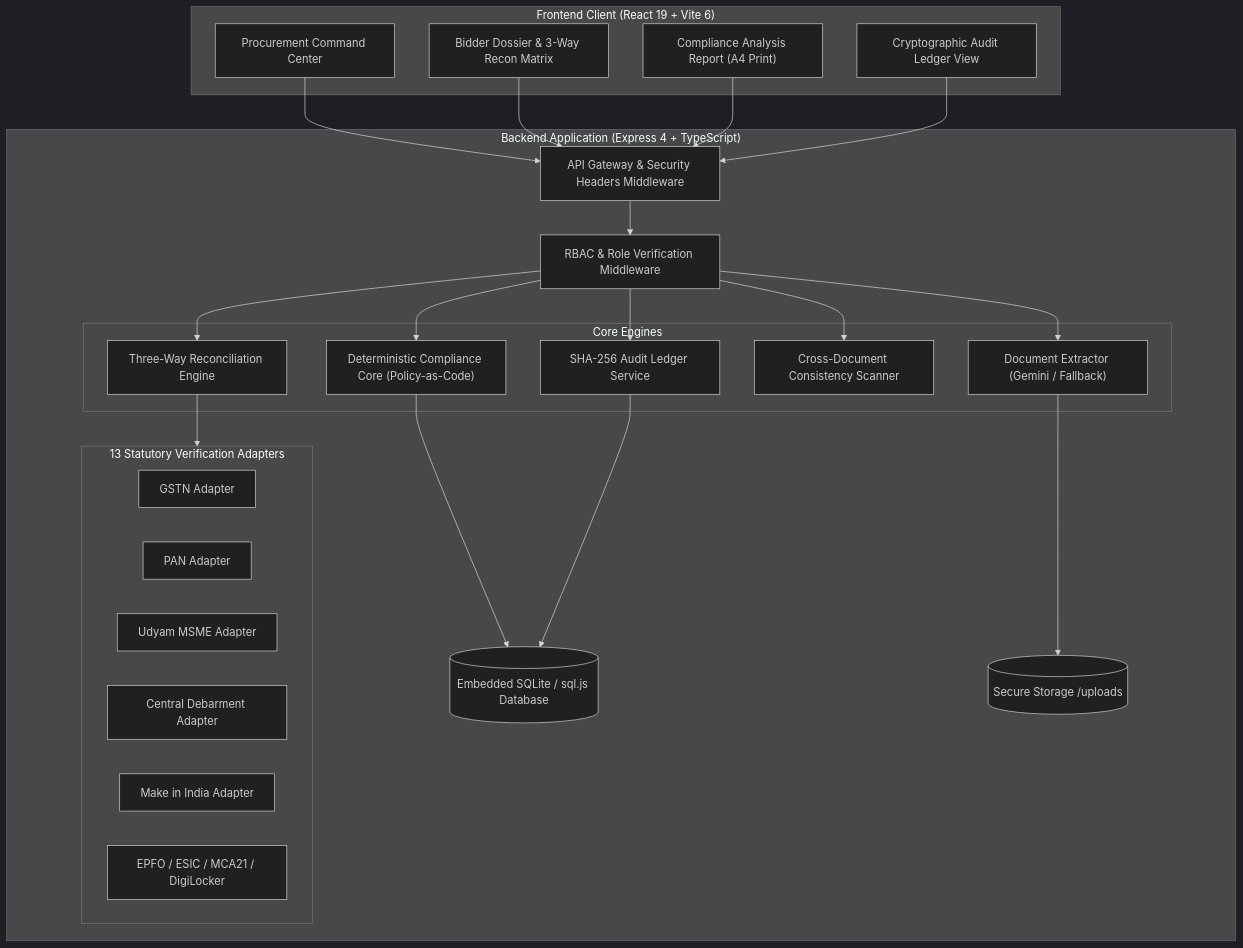
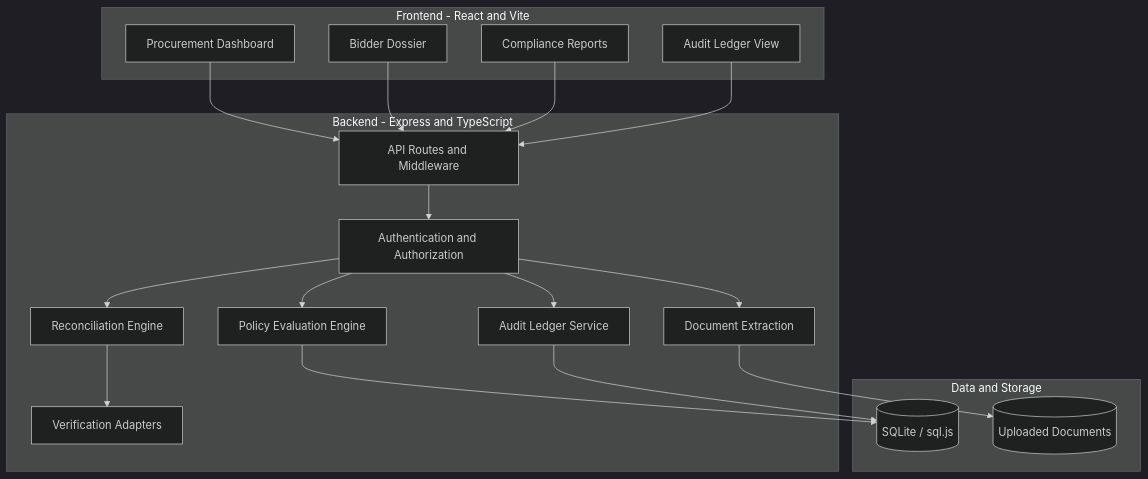
One commit to sumitk-lab/TENDER-GUARD-AI changed the second of 2 diagrams in README.md. Above: the diagram before and after it, drawn with Mermaid (dark theme). The commit also changed other lines of this file, not shown here.

Commit message:
Update print statement from 'Hello' to 'Goodbye'

````diff
--- a/README.md
+++ b/README.md
@@ -275,49 +542,38 @@
 ```mermaid
-graph TD
-    subgraph Client ["Frontend Client (React 19 + Vite 6)"]
-        UI["Procurement Command Center"]
-        Dossier["Bidder Dossier & 3-Way Recon Matrix"]
-        Report["Compliance Analysis Report (A4 Print)"]
-        AuditUI["Cryptographic Audit Ledger View"]
+flowchart TB
+    subgraph Frontend["Frontend - React and Vite"]
+        A["Procurement Dashboard"]
+        B["Bidder Dossier"]
+        C["Compliance Reports"]
+        D["Audit Ledger View"]
     end
 
-    subgraph Server ["Backend Application (Express 4 + TypeScript)"]
-        Gateway["API Gateway & Security Headers Middleware"]
-        Auth["RBAC & Role Verification Middleware"]
-
-        subgraph CoreEngines ["Core Engines"]
-            Extractor["Document Extractor (Gemini / Fallback)"]
-            ReconEngine["Three-Way Reconciliation Engine"]
-            PolicyEngine["Deterministic Compliance Core (Policy-as-Code)"]
-            ConsistencyEngine["Cross-Document Consistency Scanner"]
-            LedgerEngine["SHA-256 Audit Ledger Service"]
-        end
-
-        subgraph Adapters ["13 Statutory Verification Adapters"]
-            GSTN["GSTN Adapter"]
-            PAN["PAN Adapter"]
-            Udyam["Udyam MSME Adapter"]
-            Debar["Central Debarment Adapter"]
-            MII["Make in India Adapter"]
-            Others["EPFO / ESIC / MCA21 / DigiLocker"]
-        end
-
-        DB[("Embedded SQLite / sql.js Database")]
-        Uploads[("Secure Storage /uploads")]
+    subgraph Backend["Backend - Express and TypeScript"]
+        E["API Routes and Middleware"]
+        F["Authentication and Authorization"]
+        G["Document Extraction"]
+        H["Reconciliation Engine"]
+        I["Policy Evaluation Engine"]
+        J["Audit Ledger Service"]
+        K["Verification Adapters"]
     end
 
-    UI --> Gateway
-    Dossier --> Gateway
-    Report --> Gateway
-    AuditUI --> Gateway
-    Gateway --> Auth
-    Auth --> Extractor
-    Auth --> ReconEngine
-    Auth --> PolicyEngine
-    Auth --> ConsistencyEngine
-    Auth --> LedgerEngine
-    ReconEngine --> Adapters
-    Extractor --> Uploads
-    PolicyEngine --> DB
-    LedgerEngine --> DB
+    subgraph Storage["Data and Storage"]
+        L[("SQLite / sql.js")]
+        M[("Uploaded Documents")]
+    end
+
+    A --> E
+    B --> E
+    C --> E
+    D --> E
+    E --> F
+    F --> G
+    F --> H
+    F --> I
+    F --> J
+    H --> K
+    G --> M
+    I --> L
+    J --> L
 ```
````
